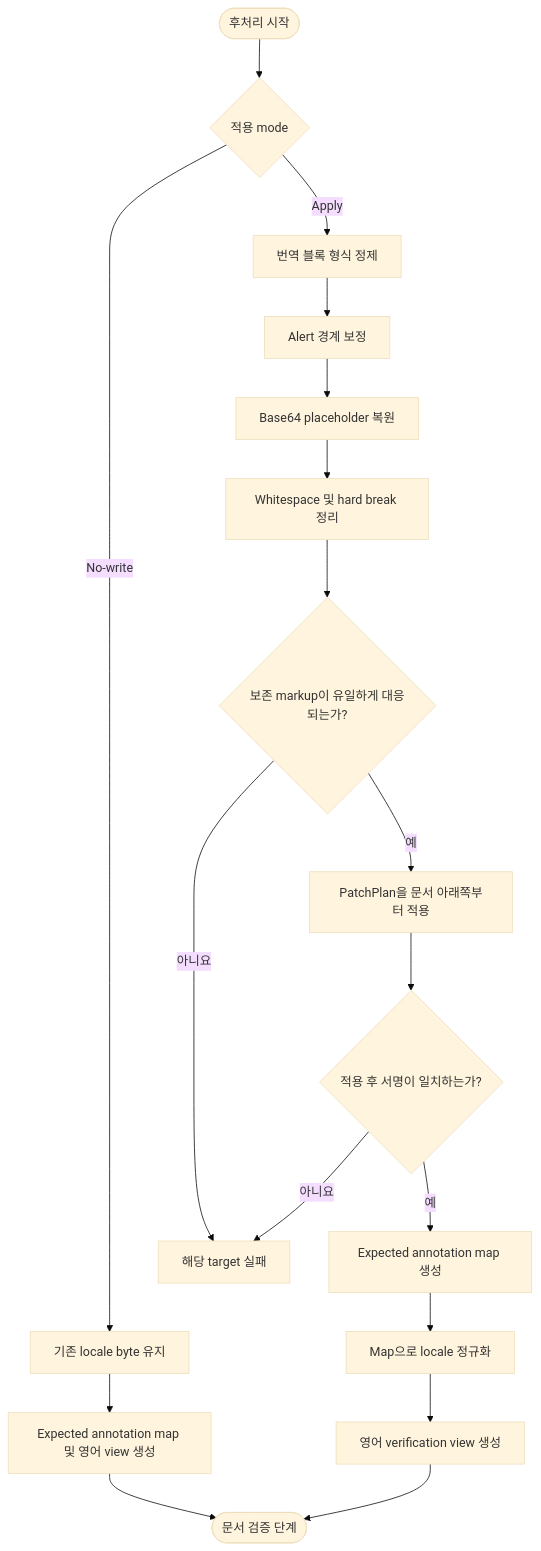
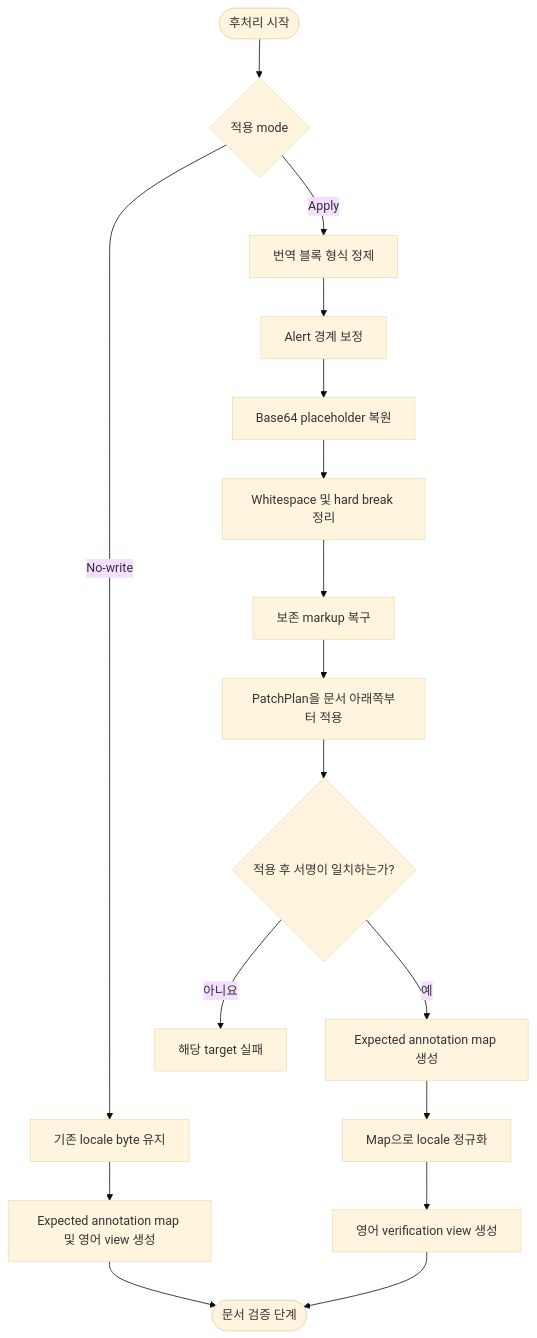
Before and after one commit to letsescape/laravel-docs: the diagram in translation-sync/docs/03-postprocessing.md, drawn with Mermaid (base theme). The commit also changed other lines of this file and 8 other files, not shown here.

````diff
--- a/translation-sync/docs/03-postprocessing.md
+++ b/translation-sync/docs/03-postprocessing.md
@@ -11,20 +11,19 @@
 ```mermaid
 flowchart TD
     A([후처리 시작]) --> Z{적용 mode}
     Z -- No-write --> V[기존 locale byte 유지]
     Z -- Apply --> B[번역 블록 형식 정제]
     B --> C[Alert 경계 보정]
     C --> D[Base64 placeholder 복원]
     D --> E[Whitespace 및 hard break 정리]
-    E --> F{보존 markup이 유일하게 대응되는가?}
-    F -- 아니요 --> X[해당 target 실패]
-    F -- 예 --> G[PatchPlan을 문서 아래쪽부터 적용]
+    E --> F[보존 markup 복구]
+    F --> G[PatchPlan을 문서 아래쪽부터 적용]
     G --> H{적용 후 서명이 일치하는가?}
-    H -- 아니요 --> X
+    H -- 아니요 --> X[해당 target 실패]
     H -- 예 --> U[Expected annotation map 생성]
     U --> I[Map으로 locale 정규화]
     I --> W[영어 verification view 생성]
     V --> T[Expected annotation map 및 영어 view 생성]
     T --> J
     W --> J([문서 검증 단계])
 ```
````
